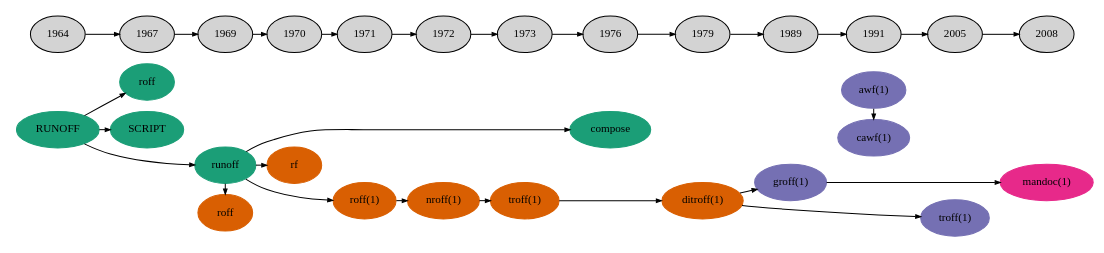
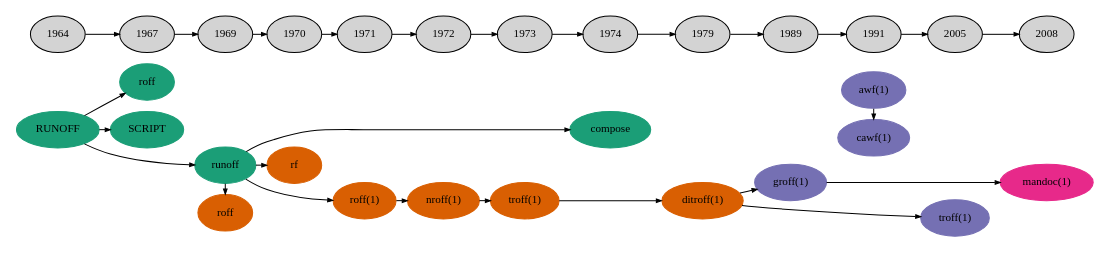
Before and after one commit to kristapsdz/manpages: the diagram in history.dot, drawn with Graphviz. The commit also changed 1 other file, not shown here.

```diff
--- a/history.dot
+++ b/history.dot
@@ -1,72 +1,72 @@
 /*	$Id$ */
 digraph manpages {
 	rankdir=LR;
 	size="9,18";
 	ranksep=0.15;
 	nodesep=0.15;
 
 	node [shape=ellipse,fontsize=11,colorscheme=dark24,style=filled];
 	edge [arrowhead=normal,arrowsize=0.5];
 
 	subgraph { 
 		node [color=1];
 		runoff1 [label="RUNOFF" URL="#x1964_RUNOFF"];
 		runoff2 [label="roff" URL="#x1967_roff"];
 		script [label="SCRIPT" URL="#x1967_SCRIPT"];
 		runoff3 [label="runoff" URL="#x1969"]; 
-		compose [label="compose" URL="#x1976_compose"]; 
+		compose [label="compose" URL="#x1974_compose"]; 
 	}
 
 	subgraph {
 		node [color=2];
 		rf [label="rf" URL="#x1970_rf"];
 		roff1 [label="roff(1)" URL="#x1971"];
 		roff2 [label="roff" URL="#x1969"];
 		nroff [label="nroff(1)" URL="#x1972"];
 		troff [label="troff(1)" URL="#x1973"];
 		ditroff [label="ditroff(1)" URL="#x1979"];
 	}
 
 	subgraph {
 		node [color=3];
 		groff [label="groff(1)" URL="#x1989_groff"];
 		awf [label="awf(1)" URL="#x1991_awf"];
 		cawf [label="cawf(1)" URL="#x1991_cawf"];
 		htroff [label="troff(1)" URL="#x2005_troff"];
 	}
 
 	subgraph {
 		node [color=4];
 		mandoc [label="mandoc(1)" URL="#x2008_mandoc"];
 	}
 
 	runoff1 -> { runoff2 runoff3 script };
 	runoff3 -> { roff1 compose rf roff2 };
 	roff1 -> nroff;
 	nroff -> troff;
 	troff -> ditroff;
 	ditroff -> groff;
 	ditroff -> htroff;
 	groff -> mandoc;
 	awf -> cawf;
 
 	subgraph {
 		1964 -> 1967 -> 1969 -> 1970 -> 1971 -> 1972 -> 
-		1973 -> 1976 -> 1979 -> 1989 -> 1991 -> 2005 -> 2008;
+		1973 -> 1974 -> 1979 -> 1989 -> 1991 -> 2005 -> 2008;
 	}
 
 	{ rank = same; 1964 runoff1 };
 	{ rank = same; 1967 script runoff2 };
 	{ rank = same; 1969 runoff3 roff2 };
 	{ rank = same; 1970 rf };
 	{ rank = same; 1971 roff1 };
 	{ rank = same; 1972 nroff };
 	{ rank = same; 1973 troff };
-	{ rank = same; 1976 compose };
+	{ rank = same; 1974 compose };
 	{ rank = same; 1979 ditroff };
 	{ rank = same; 1989 groff };
 	{ rank = same; 1991 awf cawf };
 	{ rank = same; 2005 htroff };
 	{ rank = same; 2008 mandoc };
 
 }
```
